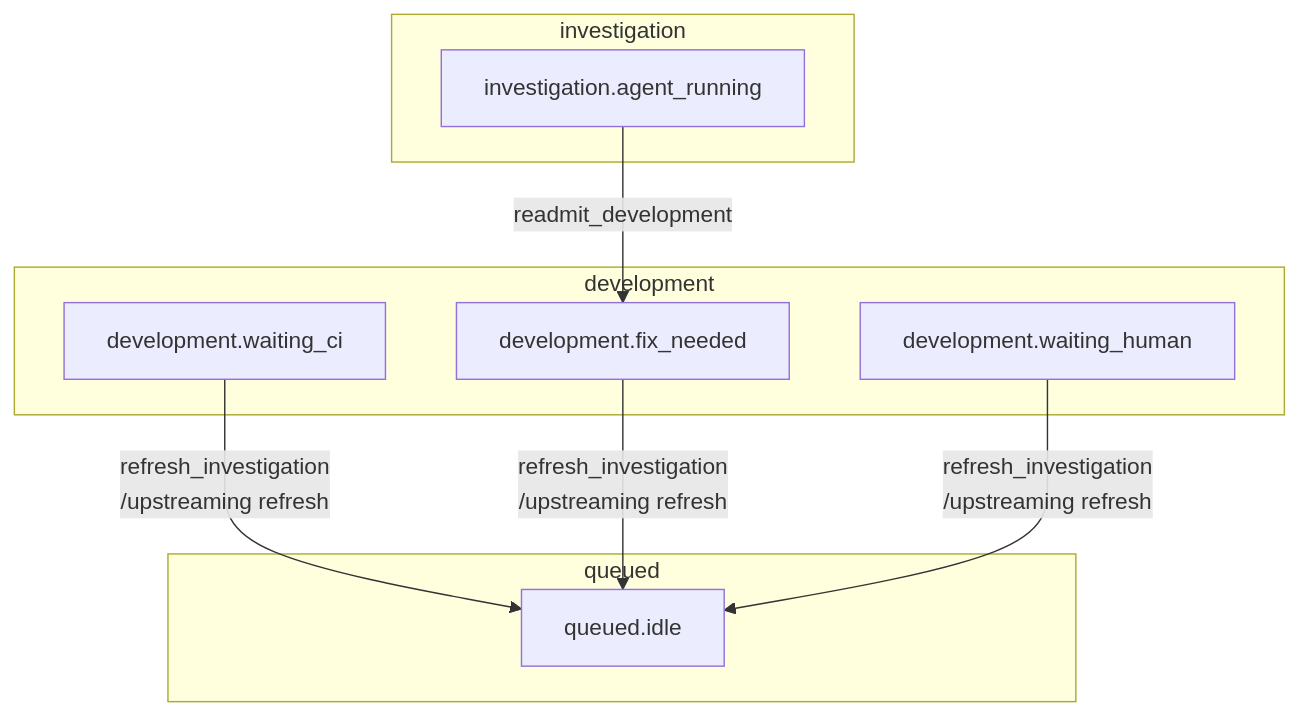
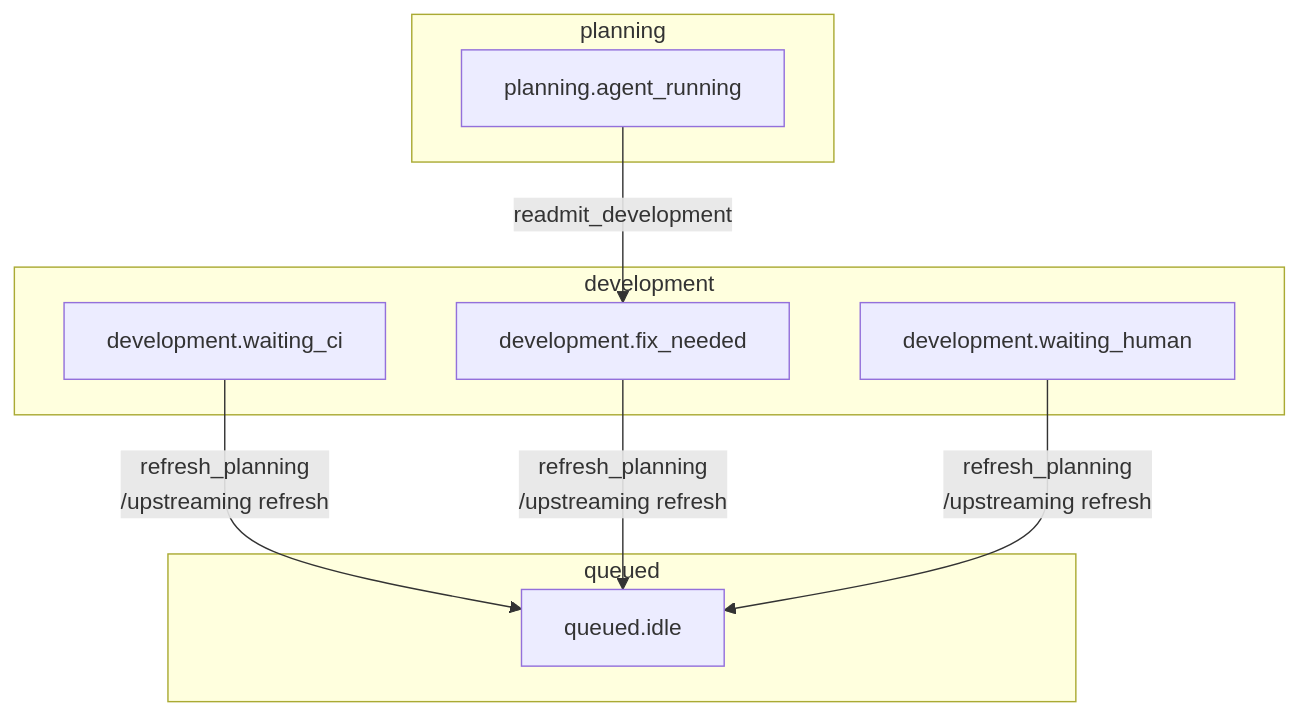
Before and after one commit to riseproject-dev/porting-agent: diagram 12 of 30 in docs/state-machine/index.md, drawn with Mermaid. The commit also changed other lines of this file and 132 other files, not shown here.

First line of the commit message:
Rename the dossier to the plan and the investigation to planning

````diff
--- a/docs/state-machine/index.md
+++ b/docs/state-machine/index.md
@@ -425,19 +425,19 @@
 ```mermaid
 flowchart TB
     subgraph development["development"]
         development_waiting_ci["development.waiting_ci"]
         development_fix_needed["development.fix_needed"]
         development_waiting_human["development.waiting_human"]
     end
     subgraph queued["queued"]
         queued_idle["queued.idle"]
     end
-    subgraph investigation["investigation"]
-        investigation_agent_running["investigation.agent_running"]
+    subgraph planning["planning"]
+        planning_agent_running["planning.agent_running"]
     end
 
-    development_waiting_ci -->|refresh_investigation<br/>/upstreaming refresh| queued_idle
-    development_fix_needed -->|refresh_investigation<br/>/upstreaming refresh| queued_idle
-    development_waiting_human -->|refresh_investigation<br/>/upstreaming refresh| queued_idle
-    investigation_agent_running -->|readmit_development| development_fix_needed
+    development_waiting_ci -->|refresh_planning<br/>/upstreaming refresh| queued_idle
+    development_fix_needed -->|refresh_planning<br/>/upstreaming refresh| queued_idle
+    development_waiting_human -->|refresh_planning<br/>/upstreaming refresh| queued_idle
+    planning_agent_running -->|readmit_development| development_fix_needed
 ```
````
